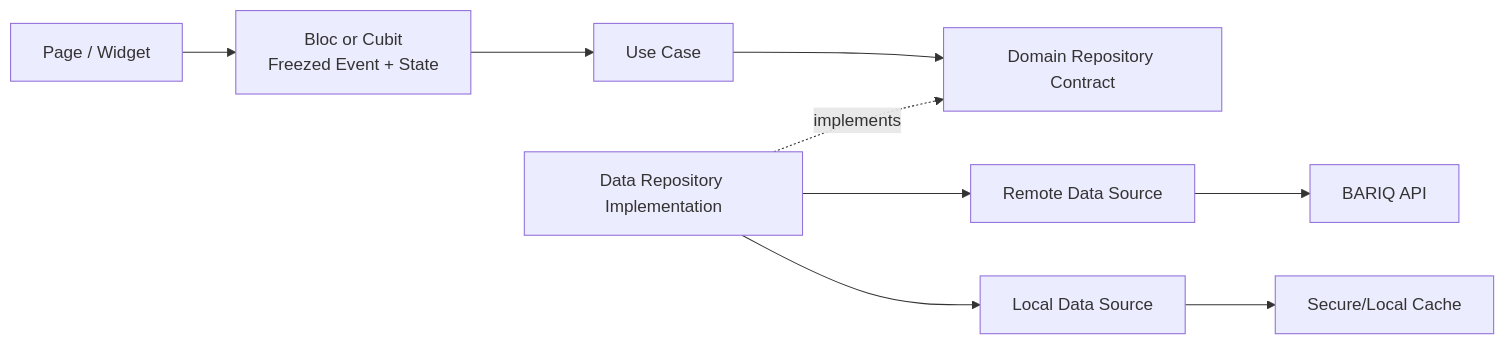
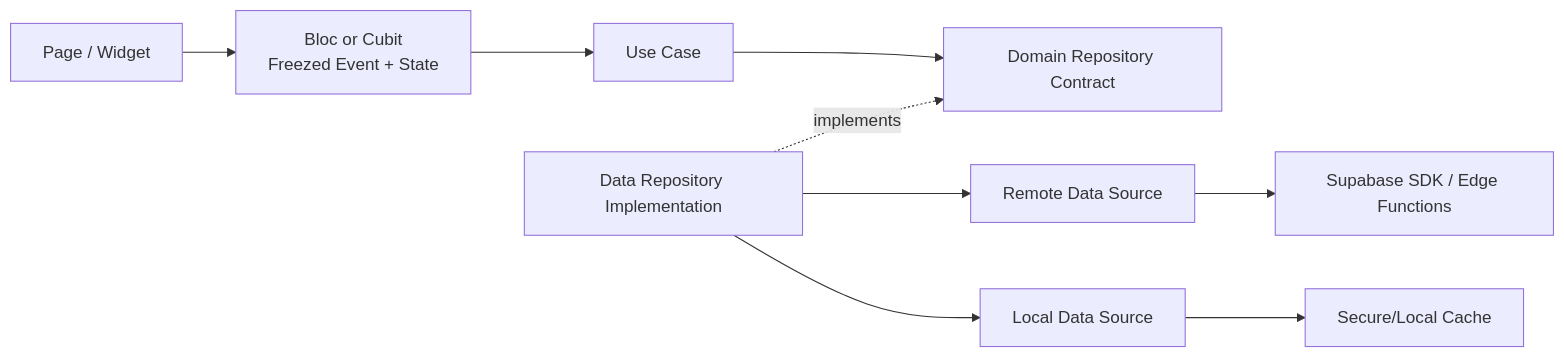
Before and after one commit to YoussefShawky0/bariq: the fifth of 14 diagrams in docs/BARIQ-ENGINEERING-PLAN.md, drawn with Mermaid. The commit also changed other lines of this file and 46 other files, not shown here.

````diff
--- a/docs/BARIQ-ENGINEERING-PLAN.md
+++ b/docs/BARIQ-ENGINEERING-PLAN.md
@@ -291,11 +277,11 @@
 ```mermaid
 flowchart LR
     Page["Page / Widget"] --> Bloc["Bloc or Cubit<br/>Freezed Event + State"]
     Bloc --> UseCase["Use Case"]
     UseCase --> Contract["Domain Repository Contract"]
     Impl["Data Repository Implementation"] -. implements .-> Contract
     Impl --> Remote["Remote Data Source"]
     Impl --> Local["Local Data Source"]
-    Remote --> API["BARIQ API"]
+    Remote --> API["Supabase SDK / Edge Functions"]
     Local --> Cache["Secure/Local Cache"]
 ```
````
